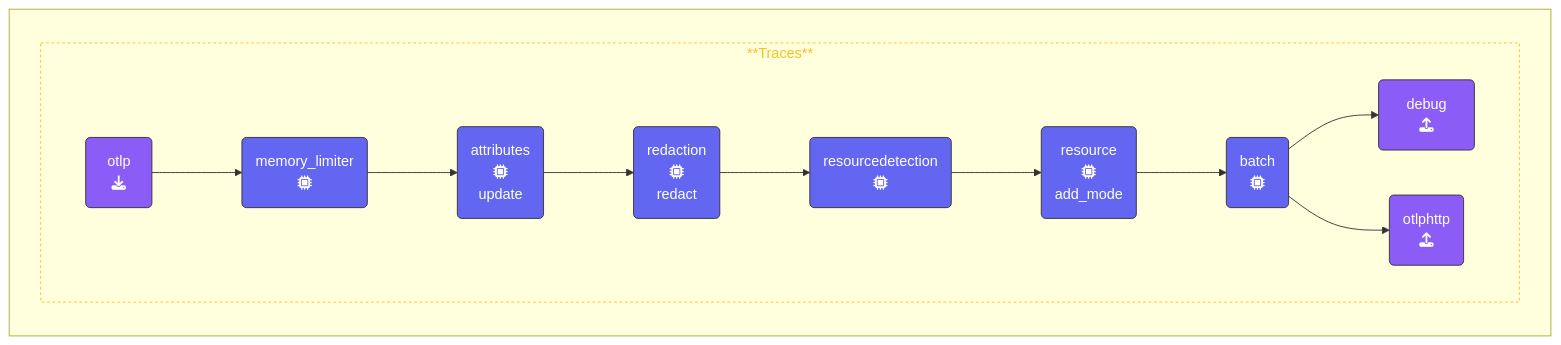
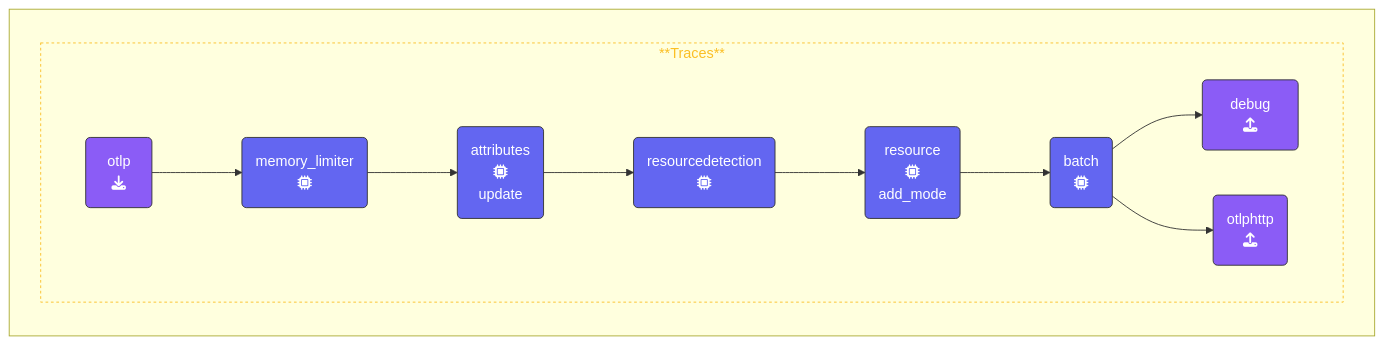
One commit to splunk/observability-workshop changed the diagram in content/en/ninja-workshops/10-advanced-otel/6-sensitive-data/6-1-configuration.md. Above: the diagram before and after it, drawn with Mermaid. The commit also changed other lines of this file and 1 other file, not shown here.

````diff
--- a/content/en/ninja-workshops/10-advanced-otel/6-sensitive-data/6-1-configuration.md
+++ b/content/en/ninja-workshops/10-advanced-otel/6-sensitive-data/6-1-configuration.md
@@ -76,33 +76,31 @@
 ```mermaid
 %%{init:{"fontFamily":"monospace"}}%%
 graph LR
     %% Nodes
       REC1(&nbsp;&nbsp;otlp&nbsp;&nbsp;<br>fa:fa-download):::receiver
       PRO1(memory_limiter<br>fa:fa-microchip):::processor
       PRO2(resourcedetection<br>fa:fa-microchip):::processor
       PRO3(resource<br>fa:fa-microchip<br>add_mode):::processor
       PRO5(batch<br>fa:fa-microchip):::processor
       PRO6(attributes<br>fa:fa-microchip<br>update):::processor
-      PRO7(redaction<br>fa:fa-microchip<br>redact):::processor
       EXP1(otlphttp<br>fa:fa-upload):::exporter
       EXP2(&ensp;&ensp;debug&ensp;&ensp;<br>fa:fa-upload):::exporter
     %% Links
     subID1:::sub-traces
     subgraph " "
       subgraph subID1[**Traces**]
       direction LR
       REC1 --> PRO1
       PRO1 --> PRO6
-      PRO6 --> PRO7
-      PRO7 --> PRO2
+      PRO6 --> PRO2
       PRO2 --> PRO3
       PRO3 --> PRO5
       PRO5 --> EXP2
       PRO5 --> EXP1
       end
     end
 classDef receiver,exporter fill:#8b5cf6,stroke:#333,stroke-width:1px,color:#fff;
 classDef processor fill:#6366f1,stroke:#333,stroke-width:1px,color:#fff;
 classDef con-receive,con-export fill:#45c175,stroke:#333,stroke-width:1px,color:#fff;
 classDef sub-traces stroke:#fbbf24,stroke-width:1px, color:#fbbf24,stroke-dasharray: 3 3;
 ```
````
